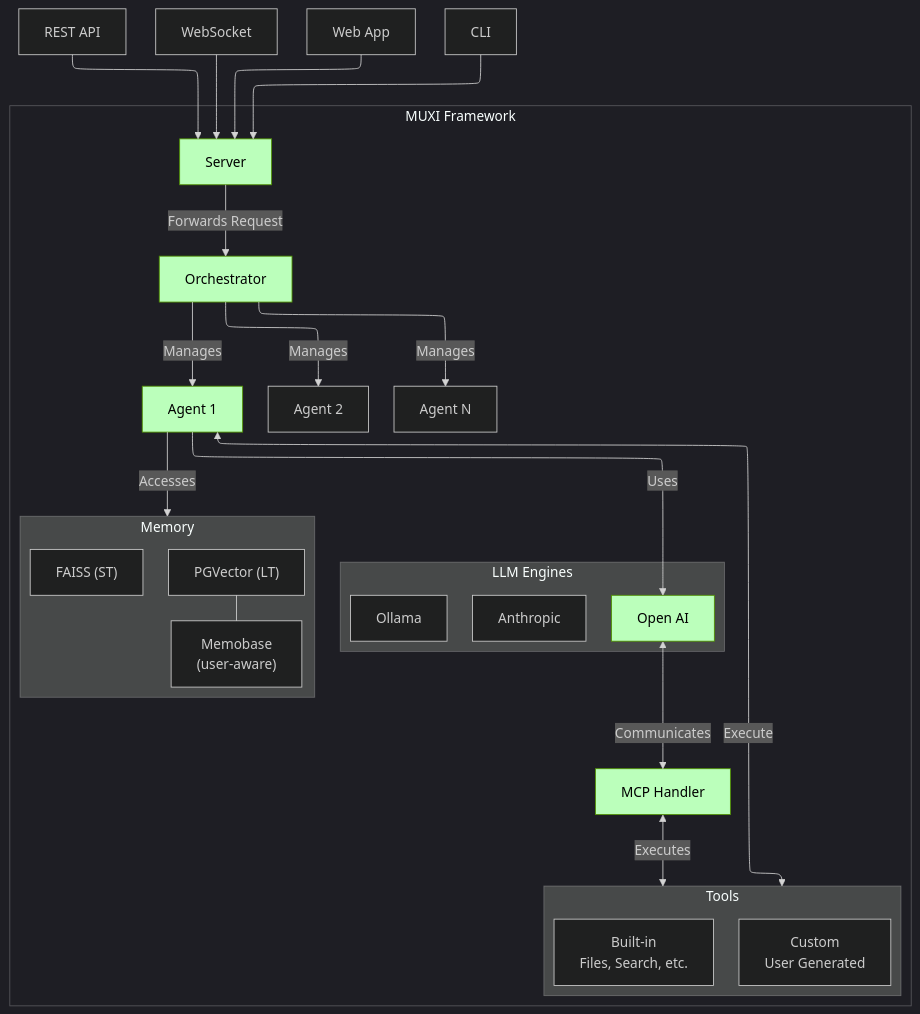
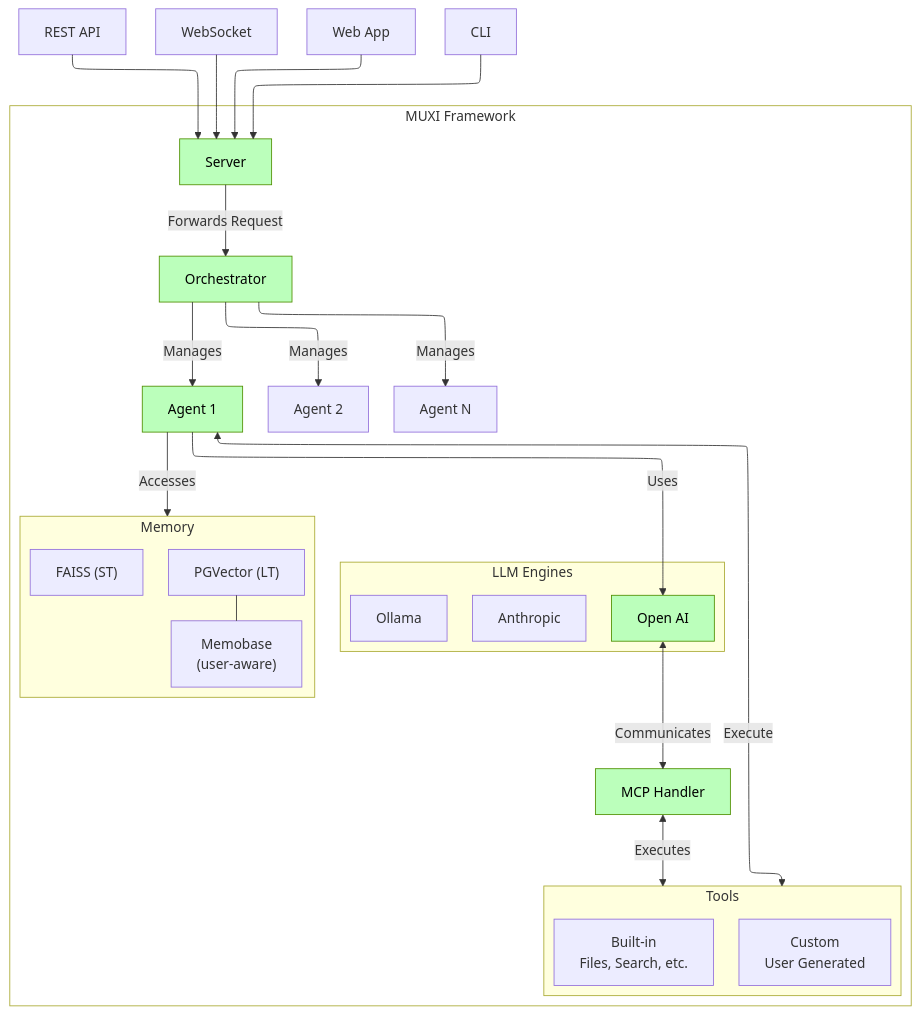
Before and after one commit to ranaroussi/muxi: the diagram in docs/architecture.md, drawn with Mermaid. The commit also changed 1 other file, not shown here.

Commit message:
Update documentation theme color scheme from dark to light

````diff
--- a/docs/architecture.md
+++ b/docs/architecture.md
@@ -15,46 +15,46 @@
 ```mermaid
-%%{init: {"theme":"dark", "flowchart": {"defaultRenderer": "elk"}} }%%
+%%{init: {"theme":"light", "flowchart": {"defaultRenderer": "elk"}} }%%
 flowchart TB
     subgraph MS["Memory"]
         Buffer["FAISS (ST)"]
         PGSQL["PGVector (LT)"]
         MBASE["Memobase<br>(user-aware)"]
     end
     subgraph LE["LLM Engines"]
         LLM["Open AI"]
         Anthropic["Anthropic"]
         Ollama["Ollama"]
     end
     subgraph Tools["Tools"]
         BuiltIn["Built-in<br>Files, Search, etc."]
         Custom["Custom<br>User Generated"]
     end
     subgraph AIA["MUXI Framework"]
         Server["Server"]
         Orchestrator["Orchestrator"]
         Agent["Agent 1"]
         Agent2["Agent N"]
         AgentN["Agent 2"]
         MCP["MCP Handler"]
         MS
         LE
         Tools
     end
     REST["REST API"] --> Server
     WS["WebSocket"] --> Server
     APP["Web App"] --> Server
     CLI["CLI"] --> Server
     Server -- Forwards Request --> Orchestrator
     Orchestrator -- Manages --> Agent & Agent2 & AgentN
     Agent -- Uses --> LLM
     Agent <-- Execute --> Tools
     Agent -- Accesses --> MS
     LLM <-- Communicates --> MCP
     MCP <-- Executes --> Tools
     PGSQL --- MBASE
 
     classDef green fill:#bfb,stroke:#4f8f00,color:#000
     class LLM,Server,Orchestrator,Agent,MCP green
     classDef transparent fill:transparent
     class AIA transparent
 ```
````
